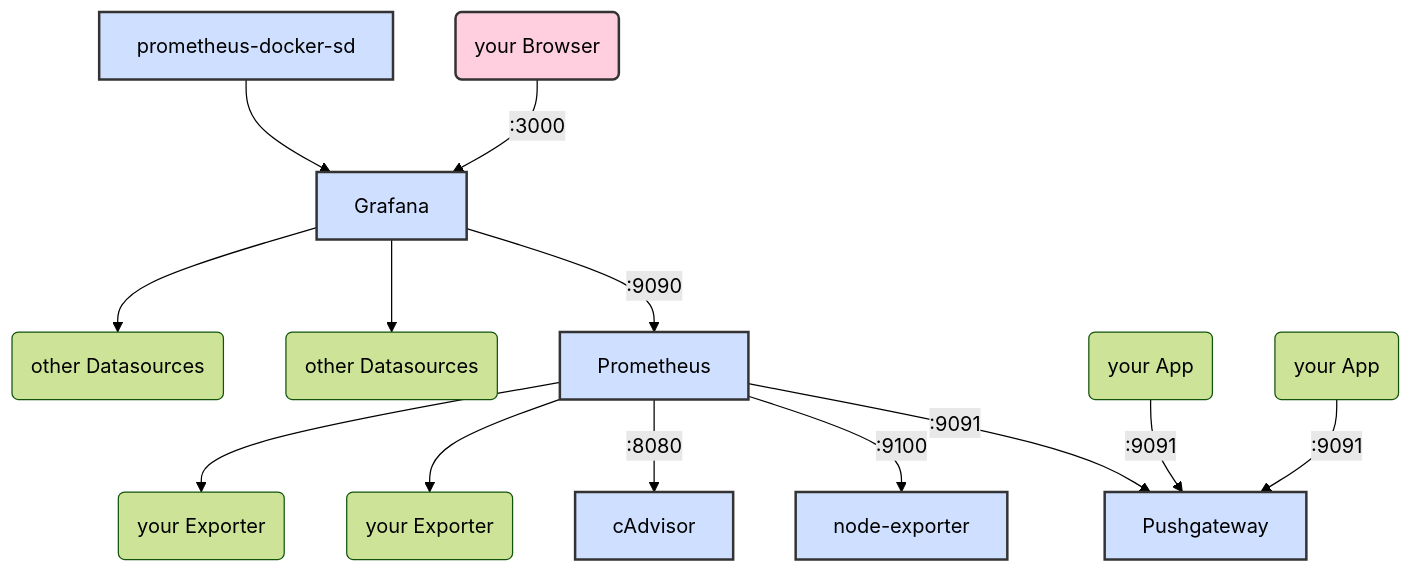
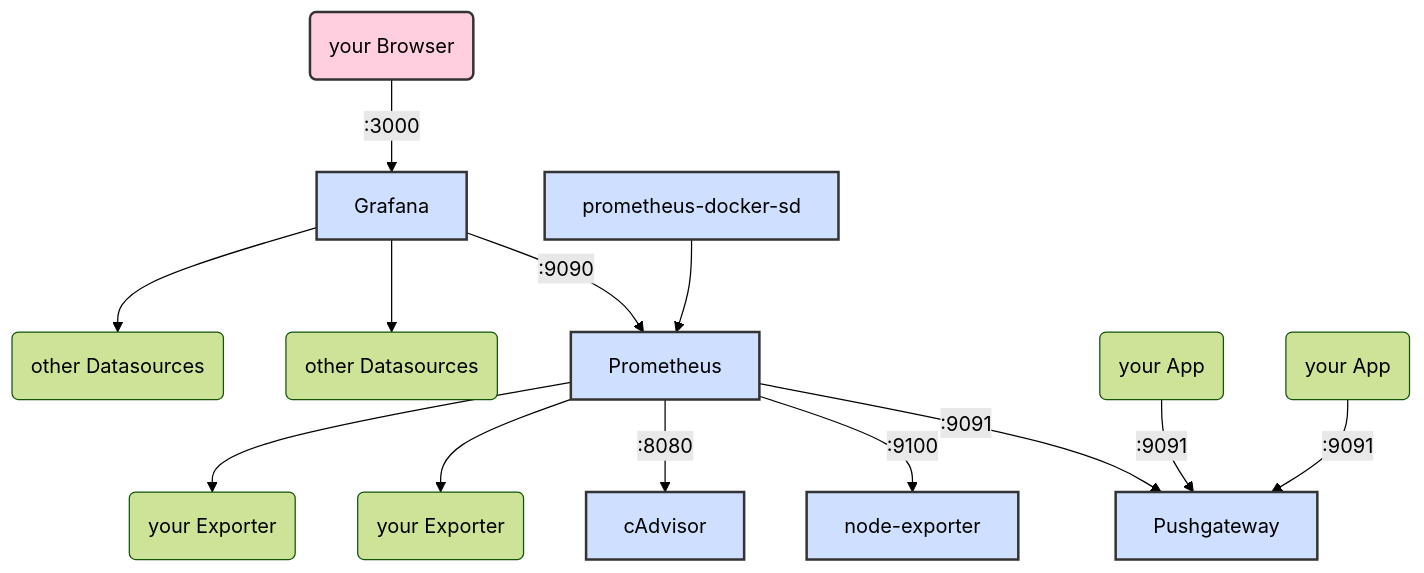
Before and after one commit to stuckyhm/prometheus-grafana-stack: the diagram in docs/diagram.md, drawn with Mermaid (forest theme). The commit also changed 3 other files, not shown here.

````diff
--- a/docs/diagram.md
+++ b/docs/diagram.md
@@ -1,22 +1,22 @@
 ```mermaid
 graph TD
 Z(your Browser) -- :3000 --> A(Prometheus)
-K[prometheus-docker-sd] --> A
+K[prometheus-docker-sd] --> B
 A[Grafana] -- :9090 --> B[Prometheus]
 A --> C(other Datasources)
 A --> L(other Datasources)
 B -- :9091 --> D[Pushgateway]
 B -- :9100 --> I[node-exporter]
 B -- :8080 --> J[cAdvisor]
 B --> E(your Exporter)
 B --> F(your Exporter)
 G(your App) -- :9091 --> D
 H(your App) -- :9091 --> D
 style A fill:#cfdfff,stroke:#333,stroke-width:2px
 style B fill:#cfdfff,stroke:#333,stroke-width:2px
 style D fill:#cfdfff,stroke:#333,stroke-width:2px
 style I fill:#cfdfff,stroke:#333,stroke-width:2px
 style J fill:#cfdfff,stroke:#333,stroke-width:2px
 style K fill:#cfdfff,stroke:#333,stroke-width:2px
 style Z fill:#ffcfdf,stroke:#333,stroke-width:2px
 ```
````
